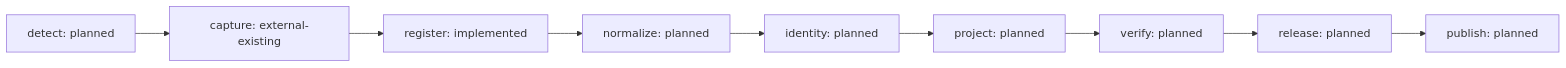
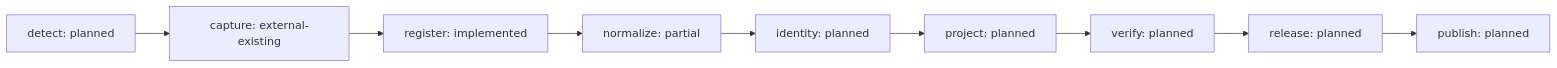
The second of 2 diagrams in docs/REPOSITORIES.md (rk-gamemods/HumanHostWiki), drawn with Mermaid before and after one commit. The commit also changed other lines of this file and 30 other files, not shown here.

````diff
--- a/docs/REPOSITORIES.md
+++ b/docs/REPOSITORIES.md
@@ -74,20 +74,20 @@
 ```mermaid
 flowchart LR
   detect["detect: planned"]
   capture["capture: external-existing"]
   detect --> capture
   register["register: implemented"]
   capture --> register
-  normalize["normalize: planned"]
+  normalize["normalize: partial"]
   register --> normalize
   identity["identity: planned"]
   normalize --> identity
   project["project: planned"]
   identity --> project
   verify["verify: planned"]
   project --> verify
   release["release: planned"]
   verify --> release
   publish["publish: planned"]
   release --> publish
 ```
````
